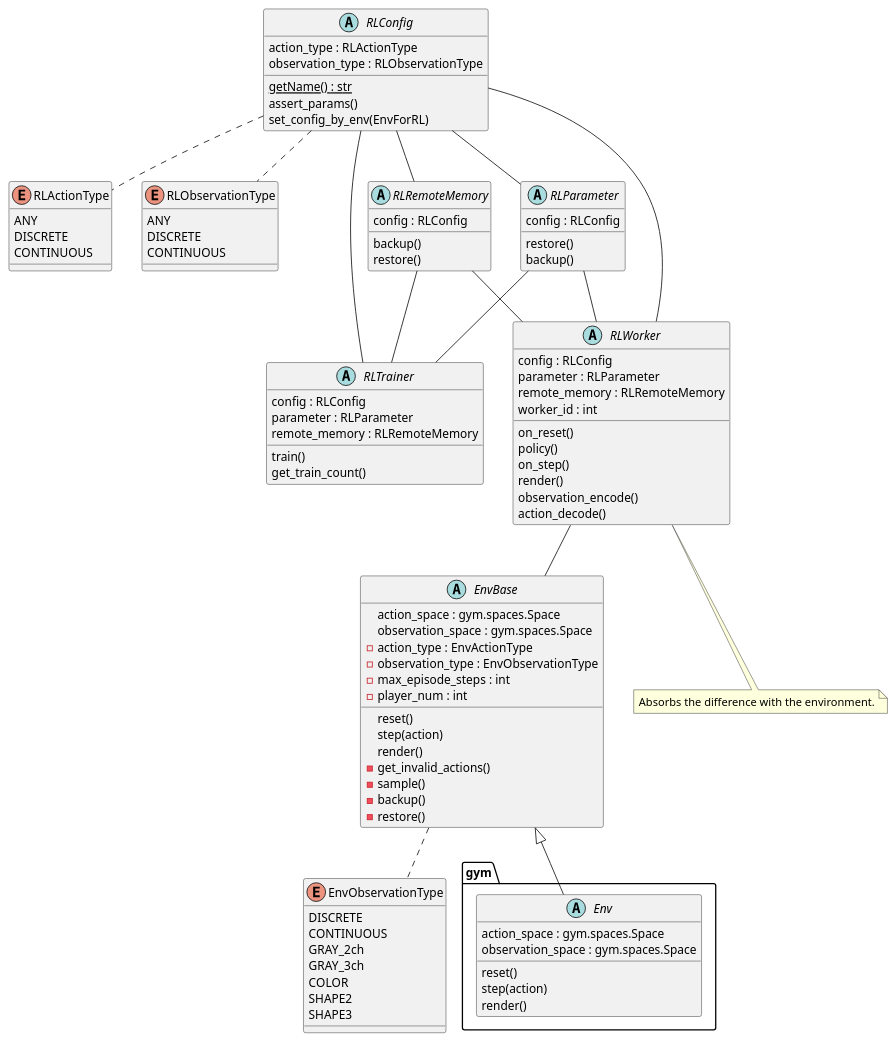
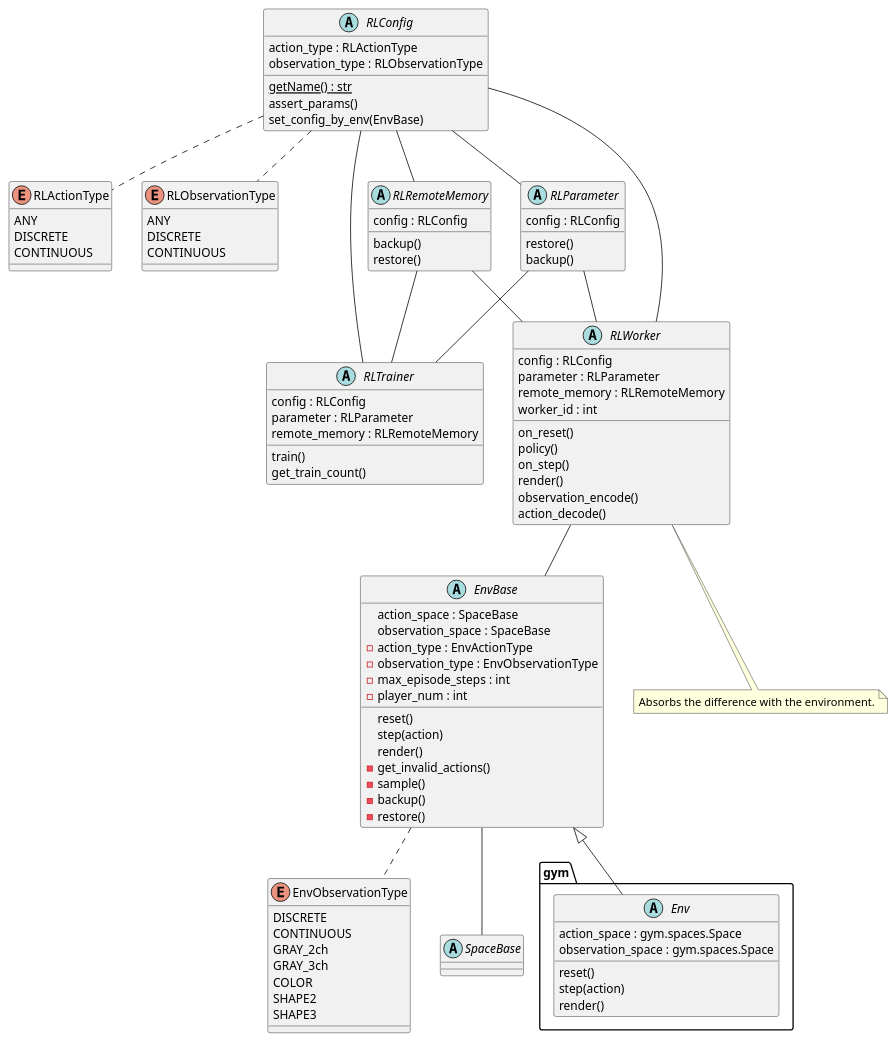
One commit to pocokhc/simple_distributed_rl changed the diagram in diagrams/class.pu. Above: the diagram before and after it, drawn with PlantUML. The commit also changed 90 other files, not shown here.

```diff
--- a/diagrams/class.pu
+++ b/diagrams/class.pu
@@ -1,114 +1,118 @@
 @startuml class
 
 abstract gym.Env {
     action_space : gym.spaces.Space
     observation_space : gym.spaces.Space
     reset()
     step(action)
     render()
 }
 
 
 enum RLActionType {
     ANY
     DISCRETE
     CONTINUOUS
 }
 
 enum RLObservationType {
     ANY
     DISCRETE
     CONTINUOUS
 }
 
 enum EnvObservationType {
     DISCRETE
     CONTINUOUS
     GRAY_2ch
     GRAY_3ch
     COLOR
     SHAPE2
     SHAPE3
 }
 
 abstract EnvBase {
-    action_space : gym.spaces.Space
-    observation_space : gym.spaces.Space
+    action_space : SpaceBase
+    observation_space : SpaceBase
     reset()
     step(action)
     render()
     - action_type : EnvActionType
     - observation_type : EnvObservationType
     - max_episode_steps : int
     - player_num : int
     - get_invalid_actions()
     - sample()
     - backup()
     - restore()
 } 
 
+abstract SpaceBase {
+
+}
 
 abstract RLConfig {
     {static} getName() : str
     action_type : RLActionType
     observation_type : RLObservationType
     assert_params()
-    set_config_by_env(EnvForRL)
+    set_config_by_env(EnvBase)
 }
 
 abstract RLRemoteMemory {
     config : RLConfig
     backup()
     restore()
 }
 
 abstract RLParameter {
     config : RLConfig
     restore()
     backup()
 }
 
 abstract RLTrainer {
     config : RLConfig
     parameter : RLParameter
     remote_memory : RLRemoteMemory
     train()
     get_train_count()
 }
 
 abstract RLWorker {
     config : RLConfig
     parameter : RLParameter
     remote_memory : RLRemoteMemory
     worker_id : int
     on_reset()
     policy()
     on_step()
     render()
     observation_encode()
     action_decode()
 }
 
 RLConfig .. RLActionType
 RLConfig .. RLObservationType
 
 
 EnvBase <|-- gym.Env
 EnvBase .. EnvObservationType
+EnvBase -- SpaceBase
 
 RLWorker -- EnvBase
 
 note "Absorbs the difference with the environment." as RLWorkerMemo
 RLWorker .. RLWorkerMemo
 
 RLConfig -- RLWorker
 RLConfig -- RLTrainer
 RLConfig -- RLParameter
 RLConfig -- RLRemoteMemory
 RLParameter -- RLWorker
 RLParameter -- RLTrainer
 RLRemoteMemory -- RLWorker
 RLRemoteMemory -- RLTrainer
 
 
 @enduml
```
